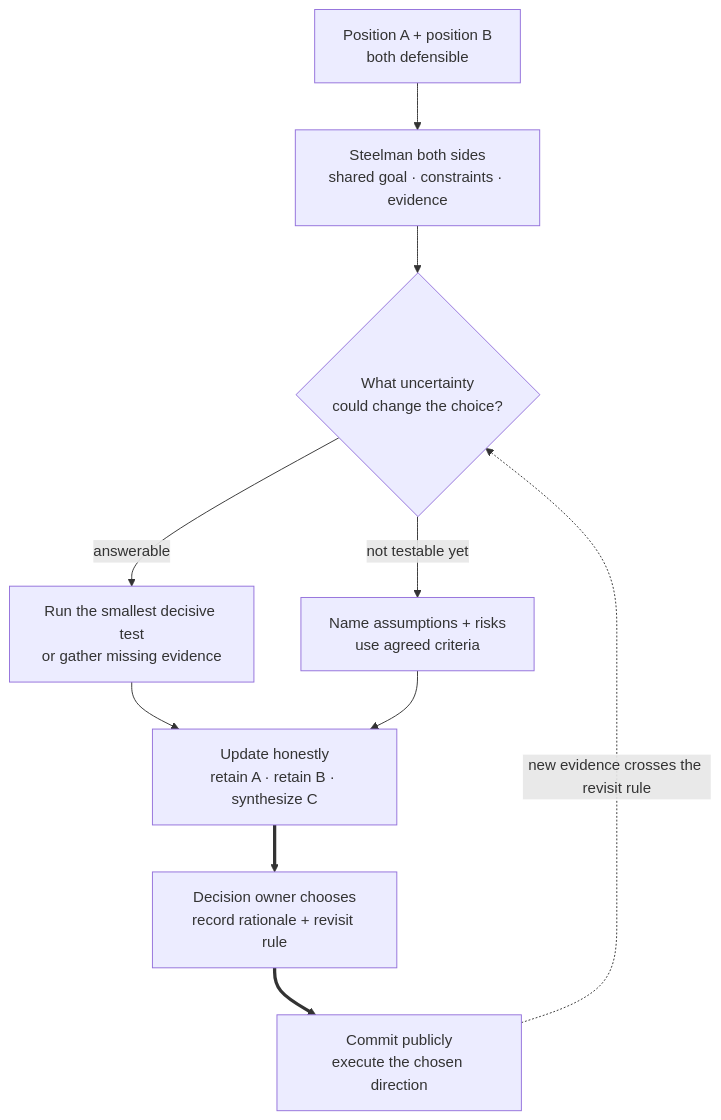
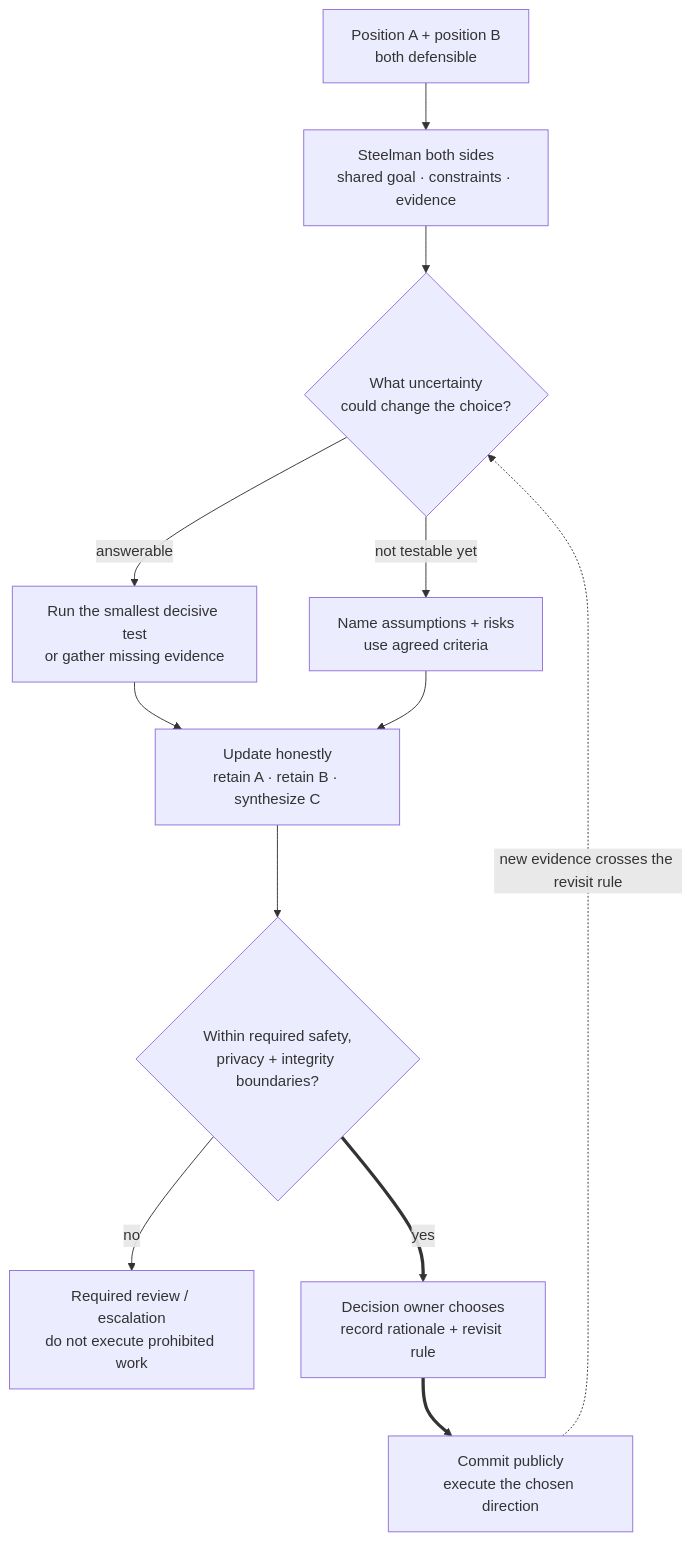
One commit to mlmentorship/mlmentorship.github.io changed the diagram in src/content/posts/2025-07-15-disagreed-with-senior.md. Above: the diagram before and after it, drawn with Mermaid. The commit also changed other lines of this file and 258 other files, not shown here.

````diff
--- a/src/content/posts/2025-07-15-disagreed-with-senior.md
+++ b/src/content/posts/2025-07-15-disagreed-with-senior.md
@@ -54,18 +30,21 @@
 ```mermaid
 flowchart TB
 	accTitle: From two defensible positions to one owned decision
-	accDescr: Two defensible positions are first steelmanned against a shared goal, constraints, and evidence. The team names the uncertainty that could change the choice. If it is answerable, they run the smallest decisive test or gather missing evidence; if it is not testable yet, they name assumptions and risks and use agreed criteria. They then honestly retain A, retain B, or synthesize C. A decision owner records the rationale and a revisit rule, after which everyone commits publicly and executes. New evidence reopens the uncertainty only when it crosses the agreed revisit rule.
+	accDescr: Represent both positions fairly, then identify evidence or explicit criteria that can change the choice. Retain A, retain B or synthesize C honestly. A separate hard-boundary gate precedes commitment: prohibited action goes to required review or escalation, not execution. An authorized owner records the allowed decision, rationale and revisit rule; new evidence can reopen that rule. In the fictional ledger both latency values pass, but B lacks an approved region.
 	A["Position A + position B<br/>both defensible"] --> B["Steelman both sides<br/>shared goal · constraints · evidence"]
 	B --> C{"What uncertainty<br/>could change the choice?"}
 	C -->|"answerable"| D["Run the smallest decisive test<br/>or gather missing evidence"]
 	C -->|"not testable yet"| E["Name assumptions + risks<br/>use agreed criteria"]
 	D --> F["Update honestly<br/>retain A · retain B · synthesize C"]
 	E --> F
-	F ==> G["Decision owner chooses<br/>record rationale + revisit rule"]
+	F --> Allowed{"Within required safety,<br/>privacy + integrity boundaries?"}
+	Allowed -->|"no"| Escalate["Required review / escalation<br/>do not execute prohibited work"]
+	Allowed ==>|"yes"| G["Decision owner chooses<br/>record rationale + revisit rule"]
 	G ==> H["Commit publicly<br/>execute the chosen direction"]
 	H -. "new evidence crosses the revisit rule" .-> C
 	class A,B viz-input
-	class C,F viz-focus
+	class C,F,Allowed viz-focus
 	class D,E viz-state
 	class G,H viz-output
+	class Escalate viz-warning
 ```
````
